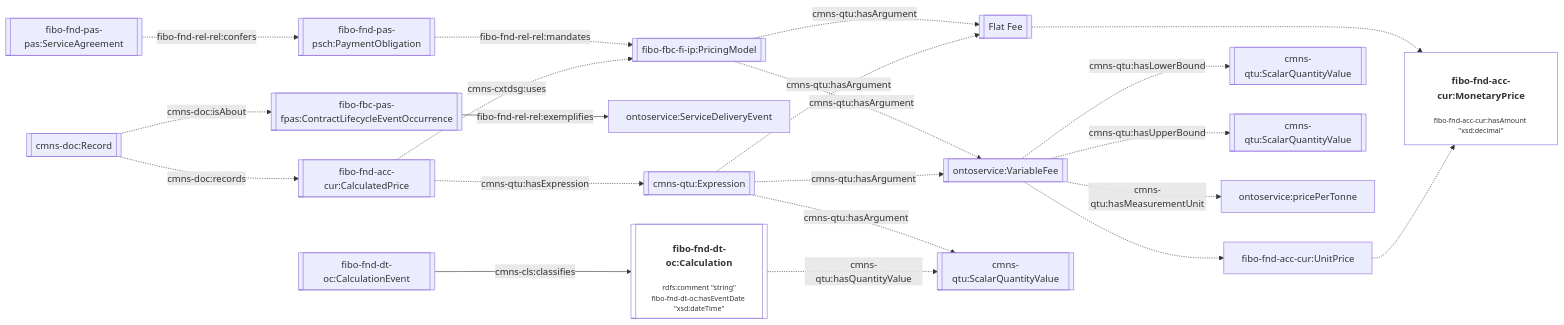
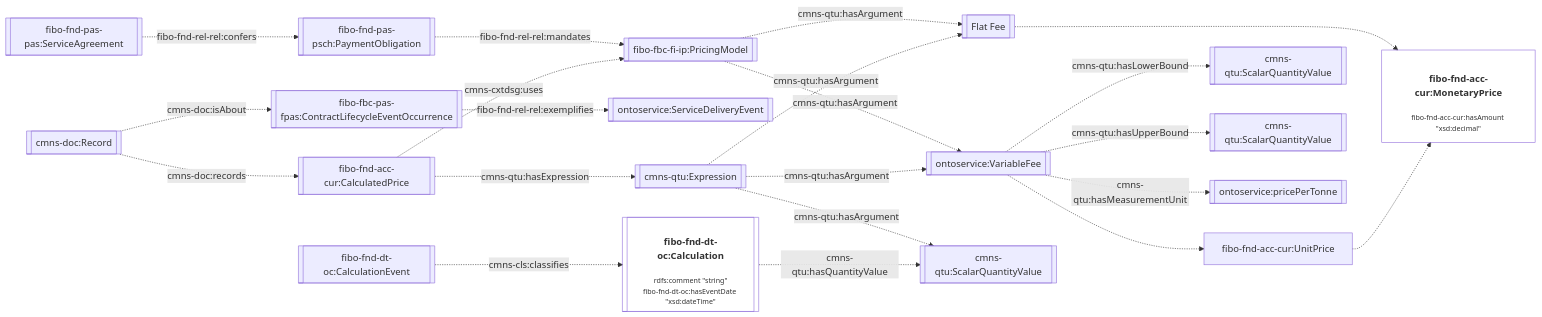
Before and after one commit to cambridge-cares/TheWorldAvatar: diagram 11 of 12 in JPS_Ontology/ontology/ontoservice/README.md, drawn with Mermaid. The commit also changed other lines of this file and 2 other files, not shown here.

Commit message:
dev-service-execution-ontology-extension: update documentation based on review comments

````diff
--- a/JPS_Ontology/ontology/ontoservice/README.md
+++ b/JPS_Ontology/ontology/ontoservice/README.md
@@ -453,35 +453,35 @@
 ```mermaid
 flowchart LR
     %% Styling
     classDef literal fill:none
     classDef node overflow-wrap:break-word,text-wrap:pretty
     linkStyle default overflow-wrap:break-word,text-wrap:pretty;
 
     %% Contents
     Agreement[[fibo-fnd-pas-pas:ServiceAgreement]] -. fibo-fnd-rel-rel:confers .-> PaymentObligation[[fibo-fnd-pas-psch:PaymentObligation]]
     PaymentObligation -. fibo-fnd-rel-rel:mandates .-> PricingModel[[fibo-fbc-fi-ip:PricingModel]]
 
-    DeliveryOccurrence[[fibo-fbc-pas-fpas:ContractLifecycleEventOccurrence]] -- fibo-fnd-rel-rel:exemplifies --> ServiceDeliveryEvent[ontoservice:ServiceDeliveryEvent]
+    DeliveryOccurrence[[fibo-fbc-pas-fpas:ContractLifecycleEventOccurrence]] -. fibo-fnd-rel-rel:exemplifies .-> ServiceDeliveryEvent[[ontoservice:ServiceDeliveryEvent]]
     Record[[cmns-doc:Record]] -. cmns-doc:isAbout .-> DeliveryOccurrence
     Record -. cmns-doc:records .-> ServiceFee[[fibo-fnd-acc-cur:CalculatedPrice]]
 
     ServiceFee -. cmns-cxtdsg:uses .-> PricingModel[[fibo-fbc-fi-ip:PricingModel]]
     ServiceFee -. cmns-qtu:hasExpression .-> CalculationExpression[[cmns-qtu:Expression]]
 
     PricingModel -. cmns-qtu:hasArgument .-> FlatFee[[Flat Fee]]
     FlatFee -.-> MonetaryPrice["<h4>fibo-fnd-acc-cur:MonetaryPrice</h4><p style='font-size:0.75rem;'>fibo-fnd-acc-cur:hasAmount &quot;xsd:decimal&quot;</p>"]:::literal
 
     PricingModel -. cmns-qtu:hasArgument .-> VariableFee[[ontoservice:VariableFee]]
     VariableFee -.-> UnitPrice[fibo-fnd-acc-cur:UnitPrice]
     UnitPrice -.-> MonetaryPrice
     VariableFee -. cmns-qtu:hasLowerBound .-> MinQuantityValue[[cmns-qtu:ScalarQuantityValue]]
     VariableFee -. cmns-qtu:hasUpperBound .-> MaxQuantityValue[[cmns-qtu:ScalarQuantityValue]]
-    VariableFee -. cmns-qtu:hasMeasurementUnit .-> pricepertonne[ontoservice:pricePerTonne]
+    VariableFee -. cmns-qtu:hasMeasurementUnit .-> pricepertonne[[ontoservice:pricePerTonne]]
 
     CalculationExpression -. cmns-qtu:hasArgument .-> FlatFee
     CalculationExpression -. cmns-qtu:hasArgument .-> Output[[cmns-qtu:ScalarQuantityValue]]
     CalculationExpression -. cmns-qtu:hasArgument .-> VariableFee
 
     Calculation[["<h4>fibo-fnd-dt-oc:Calculation</h4><p style='font-size:0.75rem;'>rdfs:comment &quot;string&quot;<br>fibo-fnd-dt-oc:hasEventDate &quot;xsd:dateTime&quot;</p>"]]:::literal -. cmns-qtu:hasQuantityValue .-> Output
-    CalculationEvent[[fibo-fnd-dt-oc:CalculationEvent]] -- cmns-cls:classifies --> Calculation
+    CalculationEvent[[fibo-fnd-dt-oc:CalculationEvent]] -. cmns-cls:classifies .-> Calculation
 ```
````
